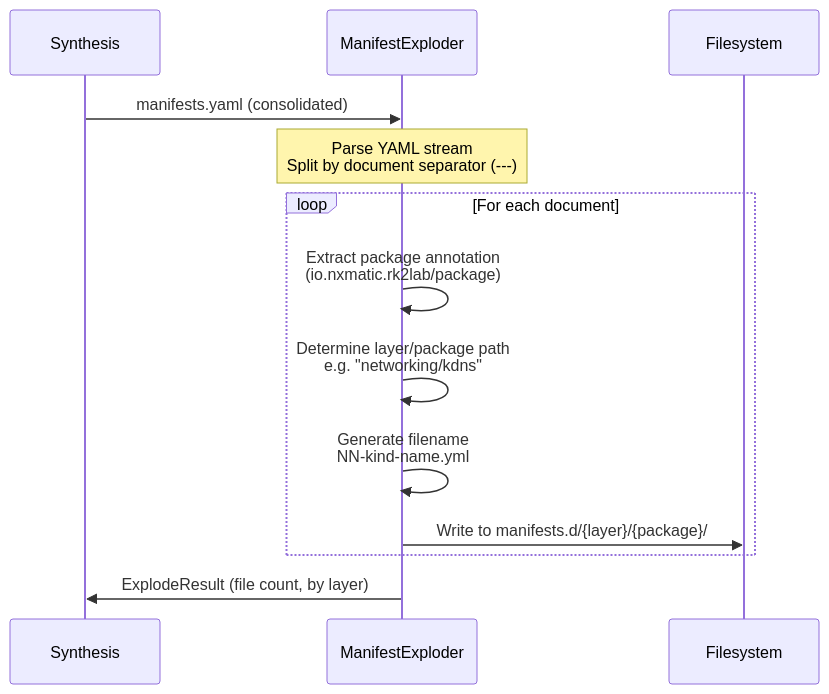
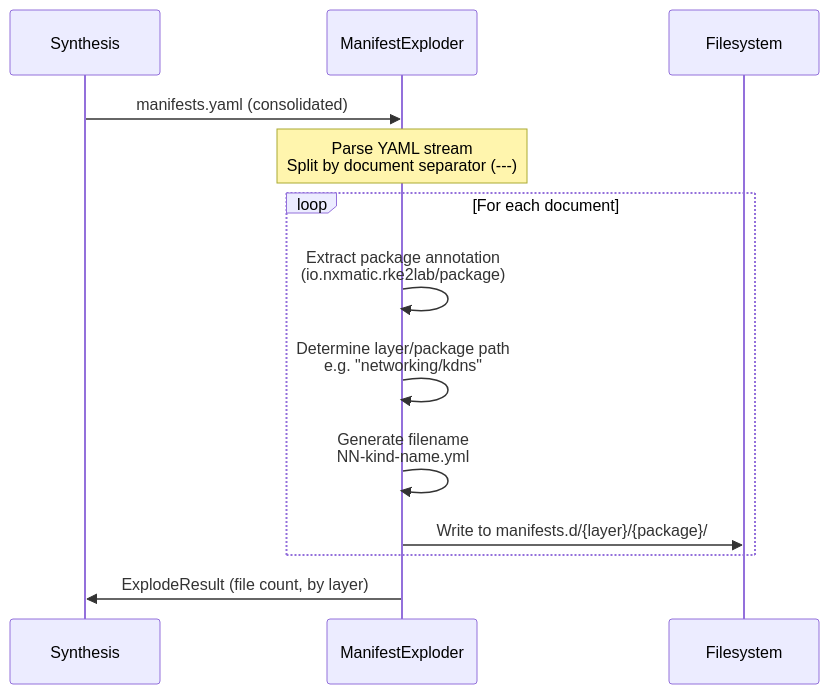
Before and after one commit to nxmatic/rke2lab: the third of 5 diagrams in docs/manifest-apply-flow.adoc, drawn with Mermaid. The commit also changed other lines of this file and 443 other files, not shown here.

First line of the commit message:
refactor: rename package io.nxmatic.rk2lab → rke2lab, fix SPI .api phantom

```diff
--- a/docs/manifest-apply-flow.adoc
+++ b/docs/manifest-apply-flow.adoc
@@ -103,19 +103,19 @@
 [mermaid]
 ....
 sequenceDiagram
     participant SYNTH as Synthesis
     participant EXPLODER as ManifestExploder
     participant FS as Filesystem
 
     SYNTH->>EXPLODER: manifests.yaml (consolidated)
     Note over EXPLODER: Parse YAML stream<br/>Split by document separator (---)
 
     loop For each document
-        EXPLODER->>EXPLODER: Extract package annotation<br/>(io.nxmatic.rk2lab/package)
+        EXPLODER->>EXPLODER: Extract package annotation<br/>(io.nxmatic.rke2lab/package)
         EXPLODER->>EXPLODER: Determine layer/package path<br/>e.g. "networking/kdns"
         EXPLODER->>EXPLODER: Generate filename<br/>NN-kind-name.yml
         EXPLODER->>FS: Write to manifests.d/{layer}/{package}/
     end
 
     EXPLODER->>SYNTH: ExplodeResult (file count, by layer)
 ....
```
